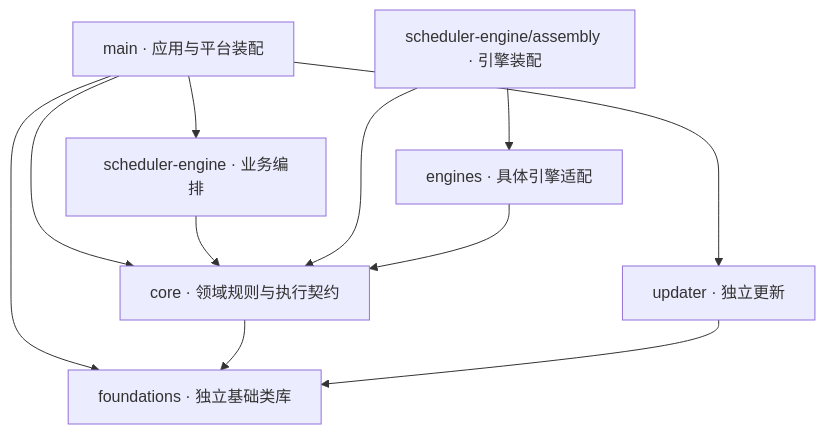
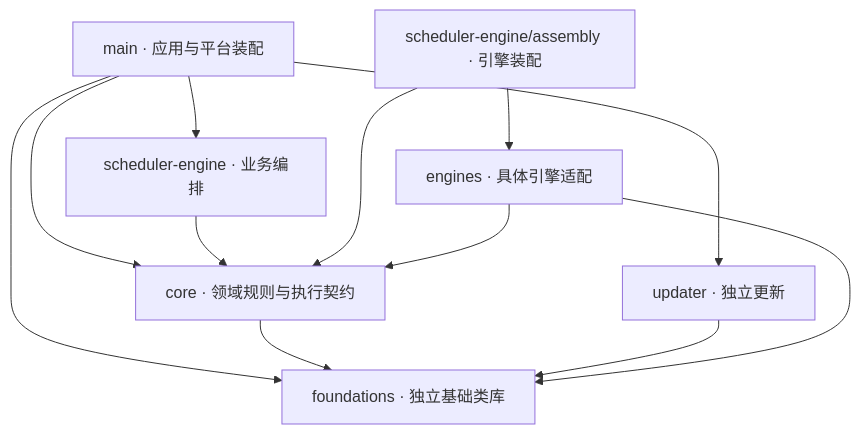
The second of 2 diagrams in src/backend/ARCHITECTURE.md (nan023062/cbim), drawn with Mermaid before and after one commit. The commit also changed other lines of this file and 73 other files, not shown here.

````diff
--- a/src/backend/ARCHITECTURE.md
+++ b/src/backend/ARCHITECTURE.md
@@ -75,13 +75,14 @@
 ```mermaid
 flowchart TB
   Main[main · 应用与平台装配] --> Scheduler[scheduler-engine · 业务编排]
   Main --> Core[core · 领域规则与执行契约]
   Main --> Updater[updater · 独立更新]
   Main --> Foundations[foundations · 独立基础类库]
   Core --> Foundations
   Updater --> Foundations
   Scheduler --> Core
   Assembly[scheduler-engine/assembly · 引擎装配] --> Engines[engines · 具体引擎适配]
   Assembly --> Core
   Engines --> Core
+  Engines --> Foundations
 ```
````
